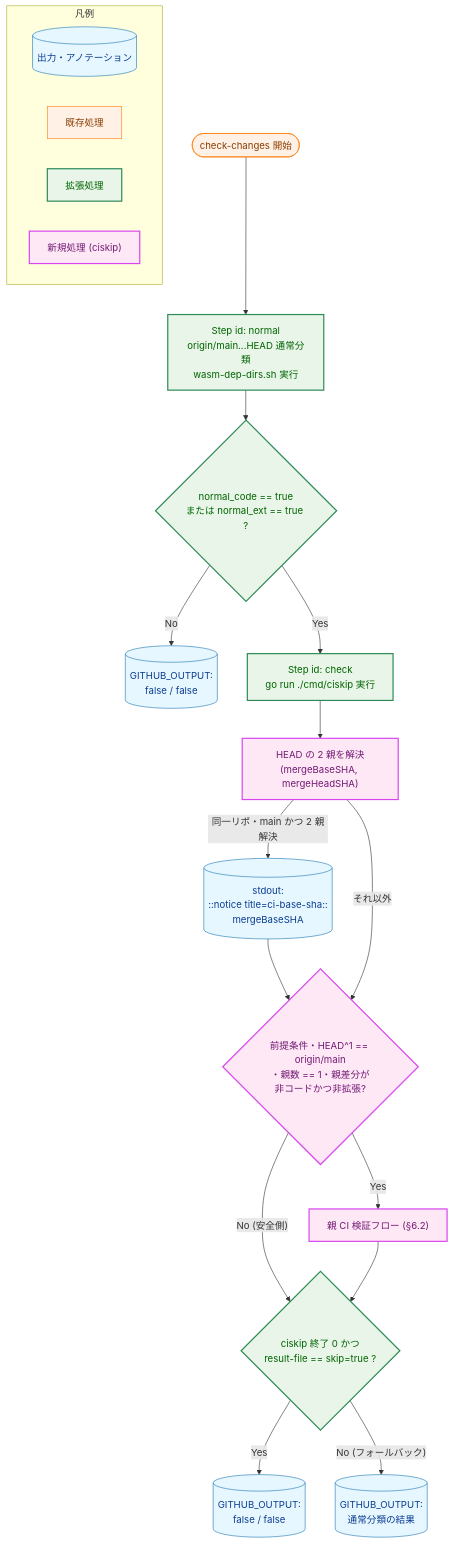
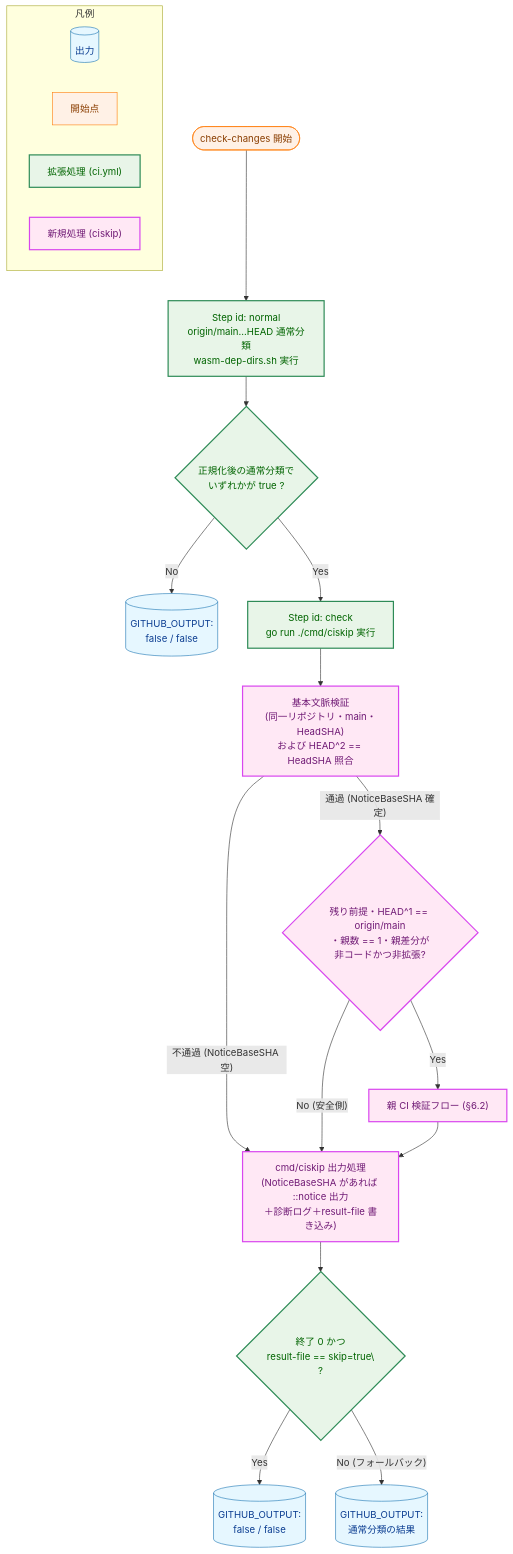
One commit to isseis/yt2column changed the seventh of 8 diagrams in docs/tasks/0119_ci_skip_doc_only_commit/02_architecture.md. Above: the diagram before and after it, drawn with Mermaid. The commit also changed other lines of this file and 3 other files, not shown here.

Commit message:
docs(0119): apply architecture review and Japanese prose fixes

````diff
--- a/docs/tasks/0119_ci_skip_doc_only_commit/02_architecture.md
+++ b/docs/tasks/0119_ci_skip_doc_only_commit/02_architecture.md
@@ -701,46 +716,46 @@
 ```mermaid
 flowchart TD
     classDef data fill:#e6f7ff,stroke:#1f77b4,stroke-width:1px,color:#0b3d91;
     classDef process fill:#fff1e6,stroke:#ff7f0e,stroke-width:1px,color:#8a3e00;
     classDef enhanced fill:#e8f5e8,stroke:#2e8b57,stroke-width:2px,color:#006400;
     classDef newpkg fill:#ffe8f5,stroke:#d946ef,stroke-width:2px,color:#701a75;
 
     START(["check-changes 開始"])
     NORMAL["Step id: normal<br>origin/main...HEAD 通常分類<br>wasm-dep-dirs.sh 実行"]
-    NEED{"normal_code == true<br>または normal_ext == true ?"}
+    NEED{"正規化後の通常分類で<br>いずれかが true ?"}
     OUT_BOTH_FALSE[("GITHUB_OUTPUT:<br>false / false")]
     RUN_CISKIP["Step id: check<br>go run ./cmd/ciskip 実行"]
-    RESOLVE_HEAD["HEAD の 2 親を解決<br>(mergeBaseSHA, mergeHeadSHA)"]
-    EMIT_NOTICE[("stdout:<br>::notice title=ci-base-sha::<br>mergeBaseSHA")]
-    LOCAL_CHK{"前提条件・HEAD^1 == origin/main<br>・親数 == 1・親差分が<br>非コードかつ非拡張?"}
+    VALIDATE_BASE["基本文脈検証<br>(同一リポジトリ・main・HeadSHA)<br>および HEAD^2 == HeadSHA 照合"]
+    LOCAL_CHK{"残り前提・HEAD^1 == origin/main<br>・親数 == 1・親差分が<br>非コードかつ非拡張?"}
     API_CHK["親 CI 検証フロー (§6.2)"]
-    DECIDE{"ciskip 終了 0 かつ<br>result-file == skip=true ?"}
+    EMIT_OUT["cmd/ciskip 出力処理<br>(NoticeBaseSHA があれば ::notice 出力<br>＋診断ログ＋result-file 書き込み)"]
+    DECIDE{"終了 0 かつ<br>result-file == skip=true\\n ?"}
     OUT_NORMAL[("GITHUB_OUTPUT:<br>通常分類の結果")]
     OUT_SKIP[("GITHUB_OUTPUT:<br>false / false")]
 
     START --> NORMAL
     NORMAL --> NEED
     NEED -->|"No"| OUT_BOTH_FALSE
     NEED -->|"Yes"| RUN_CISKIP
-    RUN_CISKIP --> RESOLVE_HEAD
-    RESOLVE_HEAD -->|"同一リポ・main かつ 2 親解決"| EMIT_NOTICE
-    EMIT_NOTICE --> LOCAL_CHK
-    RESOLVE_HEAD -->|"それ以外"| LOCAL_CHK
-    LOCAL_CHK -->|"No (安全側)"| DECIDE
+    RUN_CISKIP --> VALIDATE_BASE
+    VALIDATE_BASE -->|"通過 (NoticeBaseSHA 確定)"| LOCAL_CHK
+    VALIDATE_BASE -->|"不通過 (NoticeBaseSHA 空)"| EMIT_OUT
+    LOCAL_CHK -->|"No (安全側)"| EMIT_OUT
     LOCAL_CHK -->|"Yes"| API_CHK
-    API_CHK --> DECIDE
+    API_CHK --> EMIT_OUT
+    EMIT_OUT --> DECIDE
     DECIDE -->|"Yes"| OUT_SKIP
     DECIDE -->|"No (フォールバック)"| OUT_NORMAL
 
     subgraph Legend["凡例"]
-        L1[("出力・アノテーション")]
-        L2["既存処理"]
-        L3["拡張処理"]
+        L1[("出力")]
+        L2["開始点"]
+        L3["拡張処理 (ci.yml)"]
         L4["新規処理 (ciskip)"]
     end
 
-    class OUT_BOTH_FALSE,EMIT_NOTICE,OUT_NORMAL,OUT_SKIP,L1 data
+    class OUT_BOTH_FALSE,OUT_NORMAL,OUT_SKIP,L1 data
     class START,L2 process
     class NORMAL,NEED,RUN_CISKIP,DECIDE,L3 enhanced
-    class RESOLVE_HEAD,LOCAL_CHK,API_CHK,L4 newpkg
+    class VALIDATE_BASE,LOCAL_CHK,API_CHK,EMIT_OUT,L4 newpkg
 ```
````
